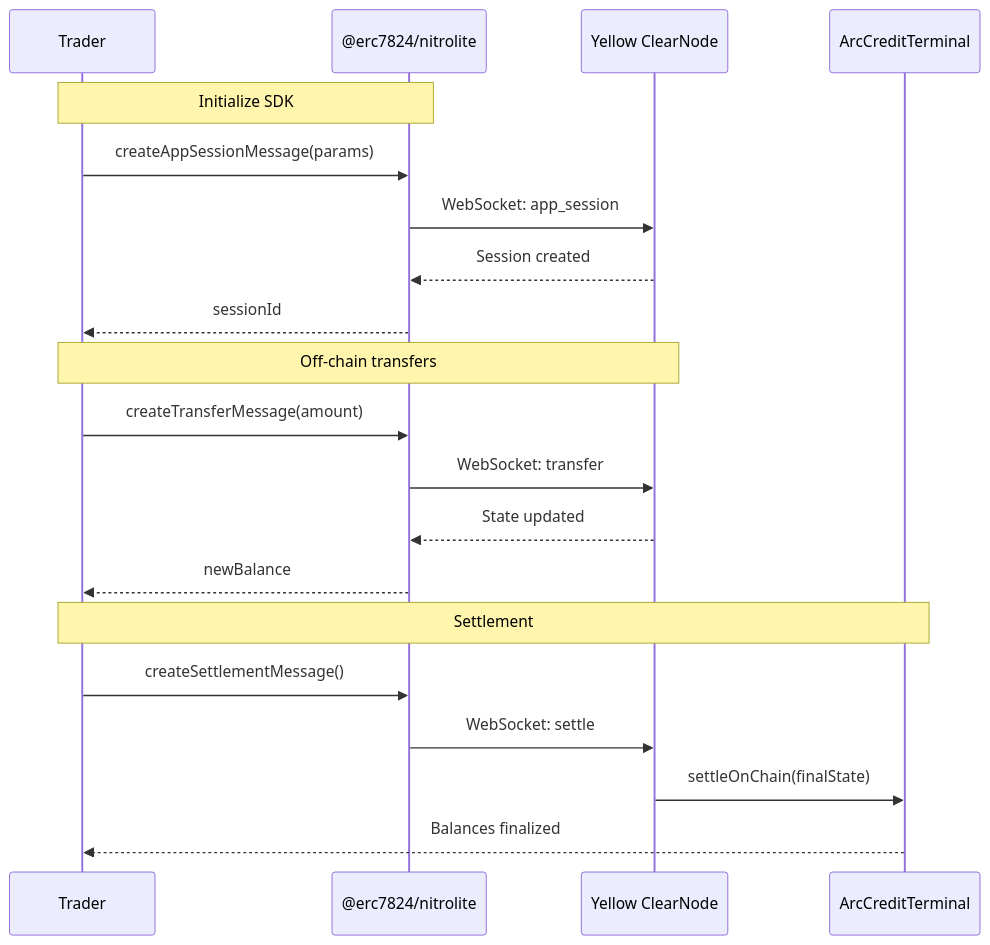
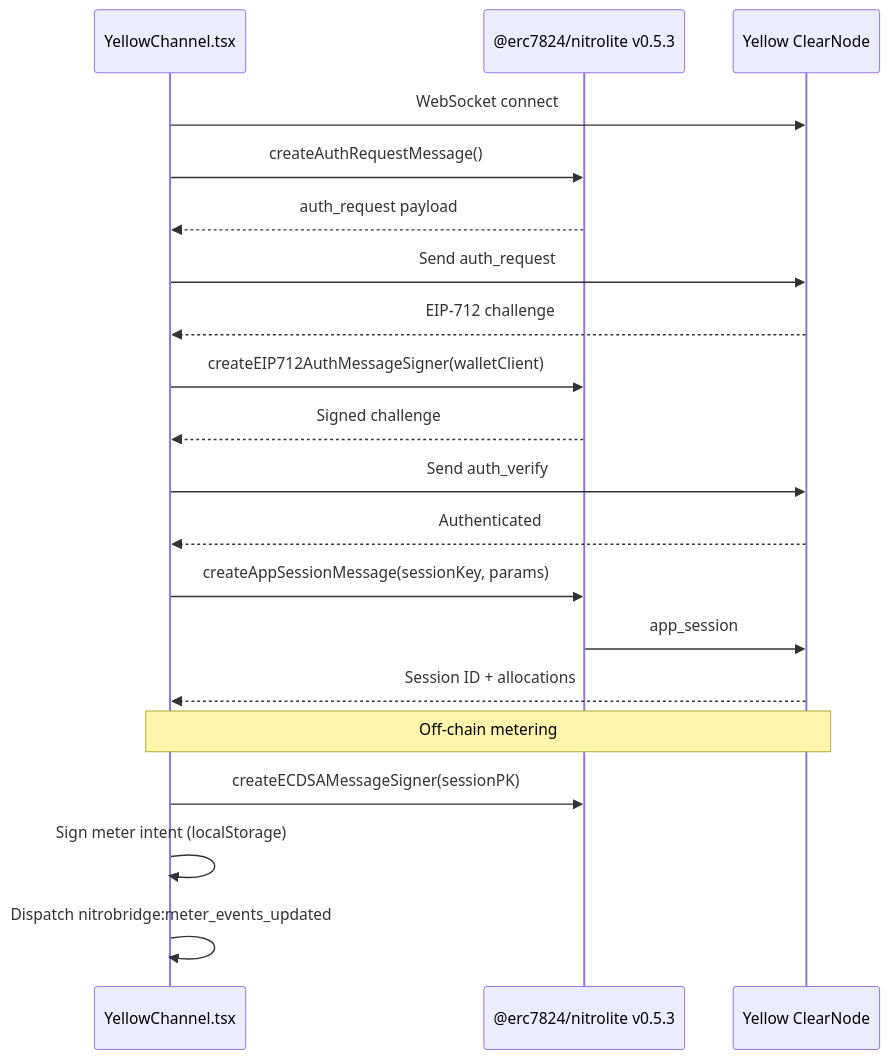
One commit to N-45div/HackMoney2026 changed the sixth of 11 diagrams in ARCHITECTURE.md. Above: the diagram before and after it, drawn with Mermaid. The commit also changed other lines of this file and 2 other files, not shown here.

Commit message:
feat: readme and arch diagram fixes

````diff
--- a/ARCHITECTURE.md
+++ b/ARCHITECTURE.md
@@ -297,25 +236,25 @@
 ```mermaid
 sequenceDiagram
-    participant Trader
-    participant SDK as @erc7824/nitrolite
-    participant ClearNode as Yellow ClearNode
-    participant Contract as ArcCreditTerminal
+    participant Browser as YellowChannel.tsx
+    participant SDK as @erc7824/nitrolite v0.5.3
+    participant CN as Yellow ClearNode
 
-    Note over Trader,SDK: Initialize SDK
-    Trader->>SDK: createAppSessionMessage(params)
-    SDK->>ClearNode: WebSocket: app_session
-    ClearNode-->>SDK: Session created
-    SDK-->>Trader: sessionId
+    Browser->>CN: WebSocket connect
+    Browser->>SDK: createAuthRequestMessage()
+    SDK-->>Browser: auth_request payload
+    Browser->>CN: Send auth_request
+    CN-->>Browser: EIP-712 challenge
+    Browser->>SDK: createEIP712AuthMessageSigner(walletClient)
+    SDK-->>Browser: Signed challenge
+    Browser->>CN: Send auth_verify
+    CN-->>Browser: Authenticated
 
-    Note over Trader,ClearNode: Off-chain transfers
-    Trader->>SDK: createTransferMessage(amount)
-    SDK->>ClearNode: WebSocket: transfer
-    ClearNode-->>SDK: State updated
-    SDK-->>Trader: newBalance
+    Browser->>SDK: createAppSessionMessage(sessionKey, params)
+    SDK->>CN: app_session
+    CN-->>Browser: Session ID + allocations
 
-    Note over Trader,Contract: Settlement
-    Trader->>SDK: createSettlementMessage()
-    SDK->>ClearNode: WebSocket: settle
-    ClearNode->>Contract: settleOnChain(finalState)
-    Contract-->>Trader: Balances finalized
+    Note over Browser,CN: Off-chain metering
+    Browser->>SDK: createECDSAMessageSigner(sessionPK)
+    Browser->>Browser: Sign meter intent (localStorage)
+    Browser->>Browser: Dispatch nitrobridge:meter_events_updated
 ```
````
